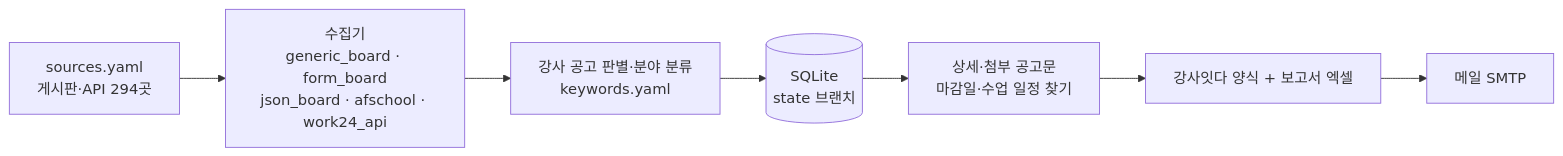
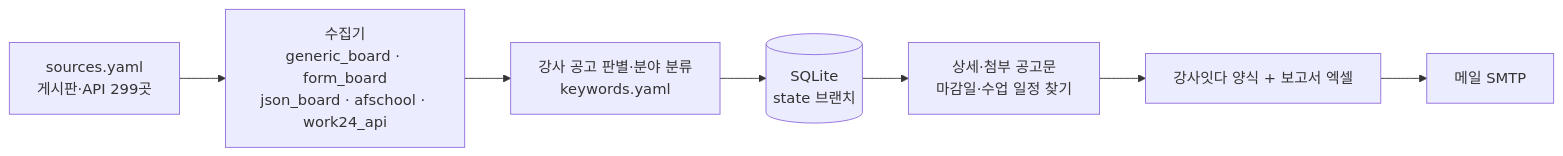
Before and after one commit to thskal17-sudo/busan-school-company: the diagram in docs/DESIGN.md, drawn with Mermaid. The commit also changed other lines of this file and 11 other files, not shown here.

````diff
--- a/docs/DESIGN.md
+++ b/docs/DESIGN.md
@@ -29,9 +29,9 @@
 ```mermaid
 flowchart LR
-    S[sources.yaml<br/>게시판·API 294곳] --> C[수집기<br/>generic_board · form_board<br/>json_board · afschool · work24_api]
+    S[sources.yaml<br/>게시판·API 299곳] --> C[수집기<br/>generic_board · form_board<br/>json_board · afschool · work24_api]
     C --> F[강사 공고 판별·분야 분류<br/>keywords.yaml]
     F --> D[(SQLite<br/>state 브랜치)]
     D --> I[상세·첨부 공고문<br/>마감일·수업 일정 찾기]
     I --> X[강사잇다 양식 + 보고서 엑셀]
     X --> M[메일 SMTP]
 ```
````
